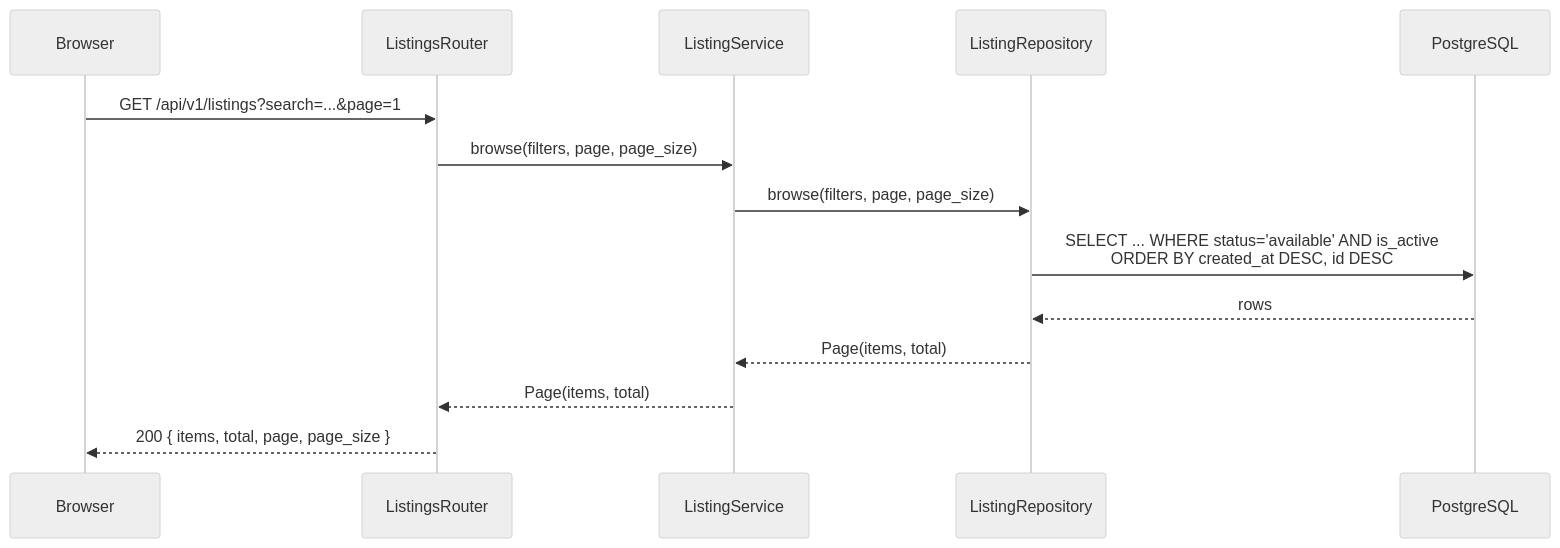
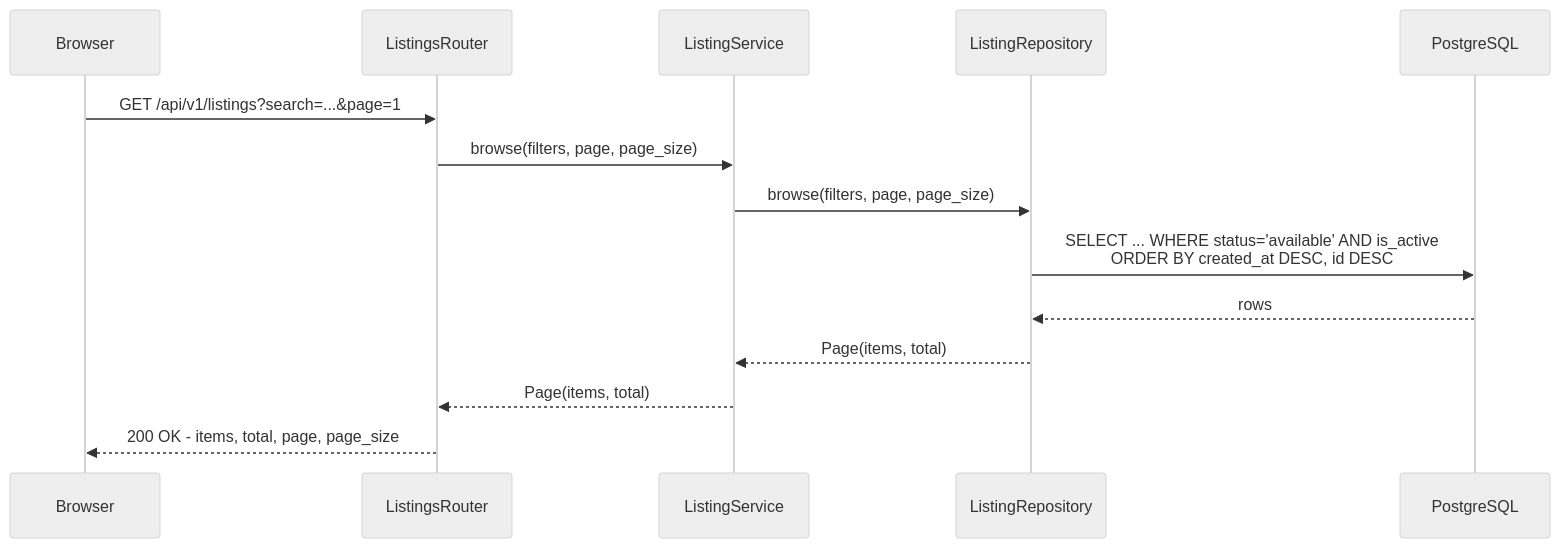
The fourth of 7 diagrams in README.md (Sneha73685/Punah-Pustak), drawn with Mermaid (neutral theme) before and after one commit. The commit also changed other lines of this file, not shown here.

First line of the commit message:
docs: fix Mermaid diagrams in README

````diff
--- a/README.md
+++ b/README.md
@@ -153,17 +153,17 @@
 ```mermaid
 sequenceDiagram
     participant U as Browser
     participant R as ListingsRouter
     participant S as ListingService
     participant Repo as ListingRepository
     participant DB as PostgreSQL
 
     U->>R: GET /api/v1/listings?search=...&page=1
     R->>S: browse(filters, page, page_size)
     S->>Repo: browse(filters, page, page_size)
     Repo->>DB: SELECT ... WHERE status='available' AND is_active<br/>ORDER BY created_at DESC, id DESC
     DB-->>Repo: rows
     Repo-->>S: Page(items, total)
     S-->>R: Page(items, total)
-    R-->>U: 200 { items, total, page, page_size }
+    R-->>U: 200 OK - items, total, page, page_size
 ```
````
